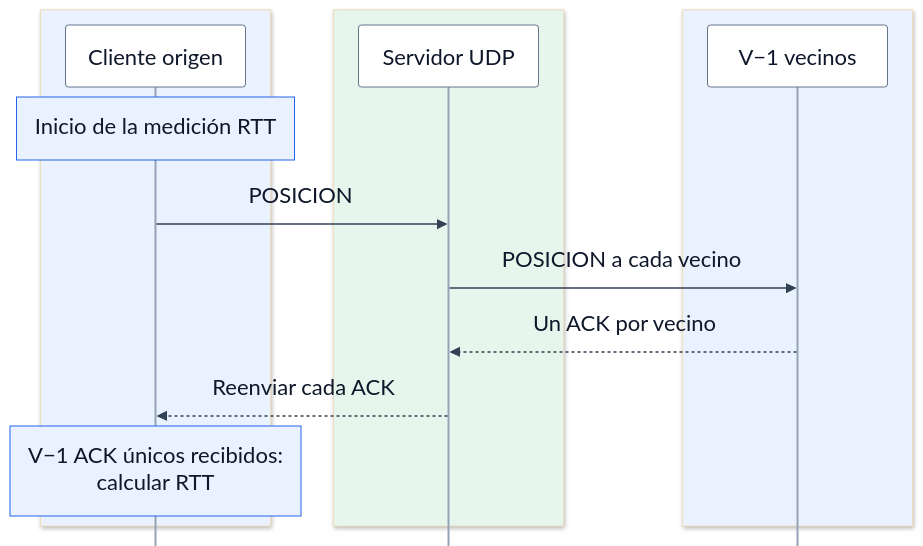
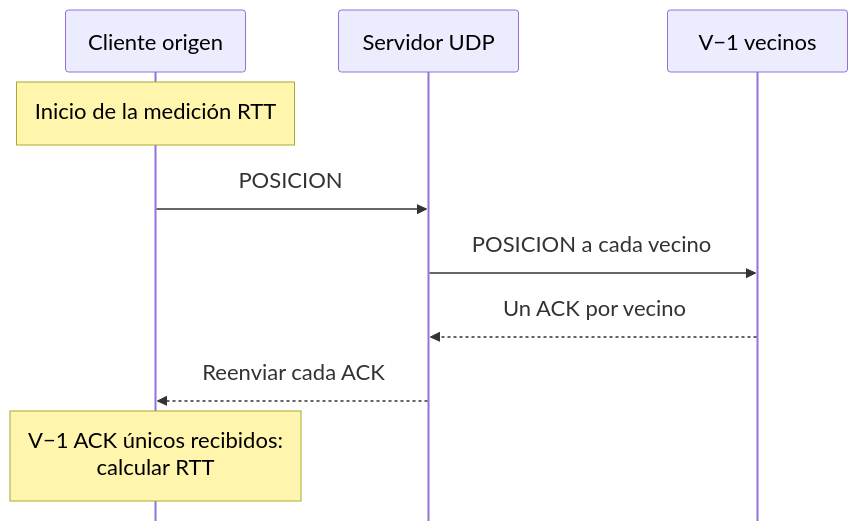
The first of 3 diagrams in 3º/ARC/Proyecto/udp/PROTOCOLO.md (Poonns/Universidad), drawn with Mermaid before and after one commit. The commit also changed other lines of this file and 1 other file, not shown here.

````diff
--- a/3º/ARC/Proyecto/udp/PROTOCOLO.md
+++ b/3º/ARC/Proyecto/udp/PROTOCOLO.md
@@ -42,50 +42,34 @@
 ```mermaid
 ---
 config:
-  theme: base
   look: classic
   fontFamily: Arial, sans-serif
   fontSize: 22
   themeVariables:
     fontFamily: Arial, sans-serif
     fontSize: 22px
-    actorBkg: '#ffffff'
-    actorBorder: '#64748b'
-    actorTextColor: '#0f172a'
-    actorLineColor: '#94a3b8'
-    signalColor: '#334155'
-    signalTextColor: '#0f172a'
-    noteBkgColor: '#eaf2ff'
-    noteBorderColor: '#2563eb'
-    noteTextColor: '#0f172a'
   sequence:
     useMaxWidth: false
     mirrorActors: false
     actorFontSize: 24
     messageFontSize: 24
     noteFontSize: 22
     actorMargin: 70
     width: 180
     height: 62
     messageMargin: 36
     noteMargin: 18
 ---
 sequenceDiagram
     accTitle: Comunicación de una iteración y cálculo del RTT
     accDescr: POSICION y los ACK de los vecinos pasan siempre por el servidor. El cliente completa el RTT al recibir el último ACK único necesario.
-    box rgb(234,242,255)
-        participant C as Cliente origen
-    end
-    box rgb(231,246,236)
-        participant S as Servidor UDP
-    end
-    box rgb(234,242,255)
-        participant V as V−1 vecinos
-    end
+    participant C as Cliente origen
+    participant S as Servidor UDP
+    participant V as V−1 vecinos
     Note over C: Inicio de la medición RTT
     C->>S: POSICION
     S->>V: POSICION a cada vecino
     V-->>S: Un ACK por vecino
     S-->>C: Reenviar cada ACK
     Note over C: V−1 ACK únicos recibidos:<br/>calcular RTT
 ```
````
